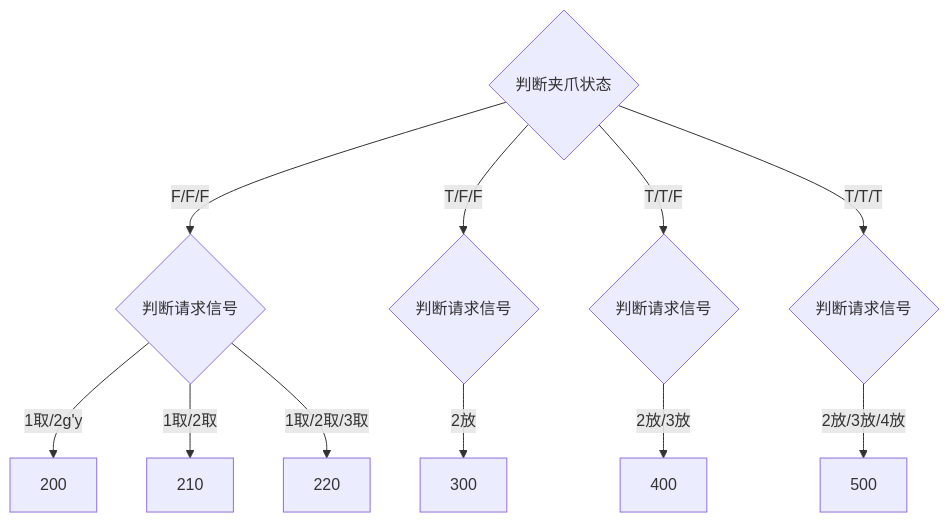
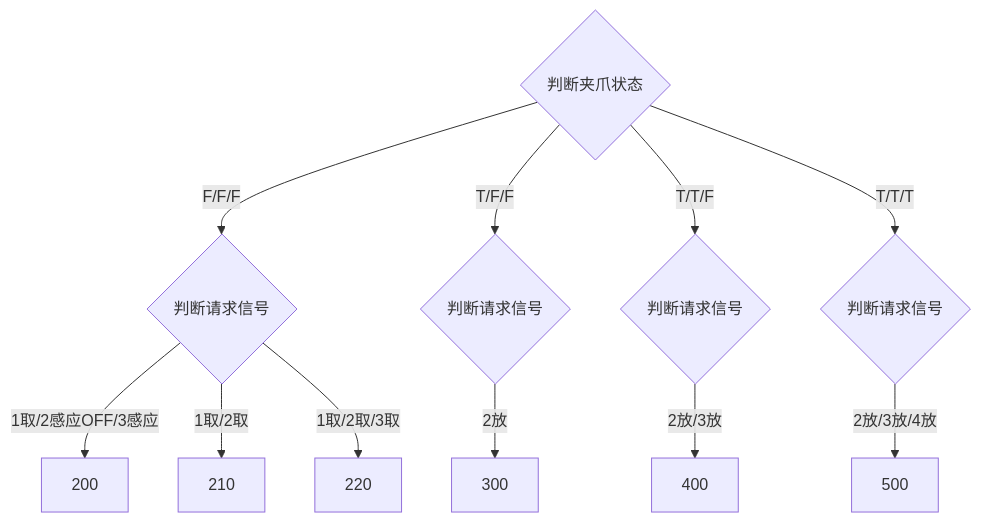
The diagram in all/未命名.md (zmq000/iodraw-files), drawn with Mermaid before and after one commit.

Commit message:
2026-06-18 11:55:11 update

````diff
--- a/all/未命名.md
+++ b/all/未命名.md
@@ -1,14 +1,14 @@
 ```mermaid
 graph TD
 10{判断夹爪状态}-->|F/F/F|20
 10-->|T/F/F|30
 10-->|T/T/F|40
 10-->|T/T/T|50
 
-20{判断请求信号}-->|1取/2g'y|200
+20{判断请求信号}-->|1取/2感应OFF/3感应|200
 20-->|1取/2取|210
 20-->|1取/2取/3取|220
 30{判断请求信号}-->|2放|300
 40{判断请求信号}-->|2放/3放|400
 50{判断请求信号}-->|2放/3放/4放|500
 ```
````
